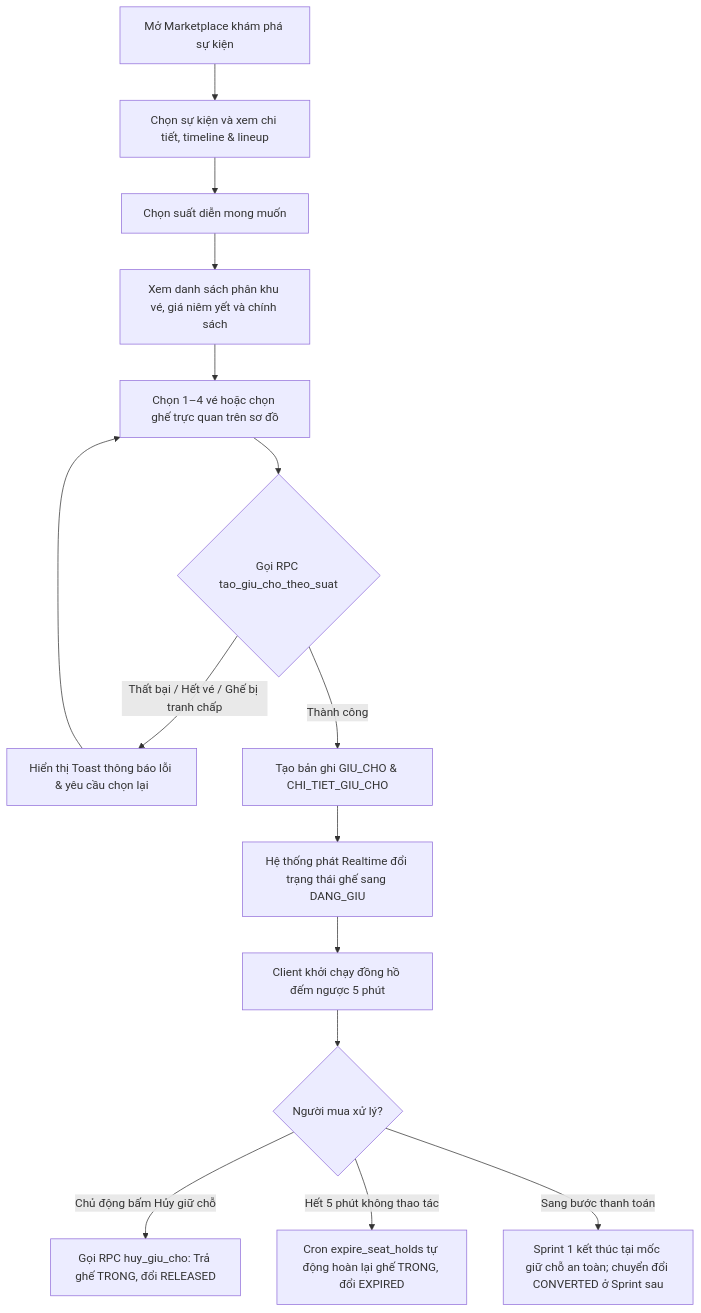
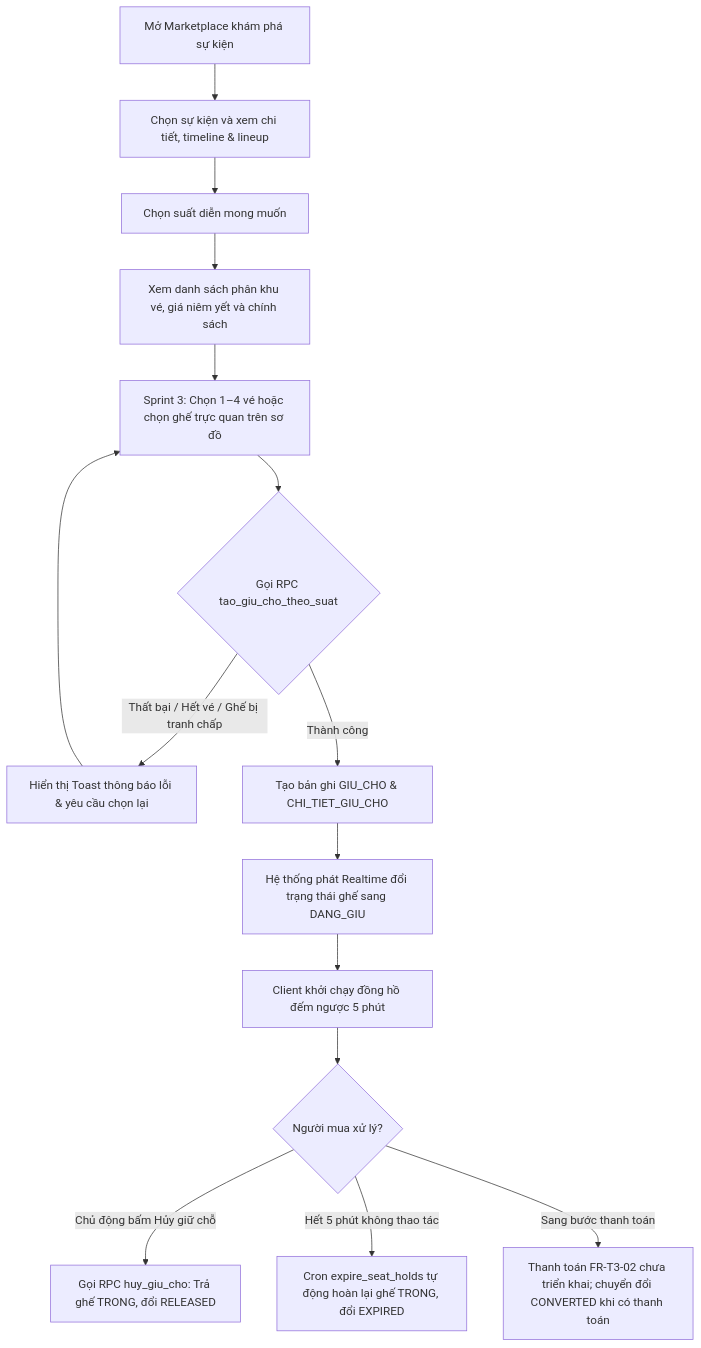
The third of 12 diagrams in docs/sprint1-deliverables/02_ANALYSIS_AND_SYSTEM_DESIGN.md (minhdc2011/EVENTTICKETING), drawn with Mermaid before and after one commit. The commit also changed other lines of this file and 4 other files, not shown here.

````diff
--- a/docs/sprint1-deliverables/02_ANALYSIS_AND_SYSTEM_DESIGN.md
+++ b/docs/sprint1-deliverables/02_ANALYSIS_AND_SYSTEM_DESIGN.md
@@ -92,17 +92,17 @@
 ```mermaid
 flowchart TD
   A[Mở Marketplace khám phá sự kiện] --> B[Chọn sự kiện và xem chi tiết, timeline & lineup]
   B --> C[Chọn suất diễn mong muốn]
   C --> D[Xem danh sách phân khu vé, giá niêm yết và chính sách]
-  D --> E[Chọn 1–4 vé hoặc chọn ghế trực quan trên sơ đồ]
+  D --> E[Sprint 3: Chọn 1–4 vé hoặc chọn ghế trực quan trên sơ đồ]
   E --> F{Gọi RPC tao_giu_cho_theo_suat}
   F -- Thất bại / Hết vé / Ghế bị tranh chấp --> G[Hiển thị Toast thông báo lỗi & yêu cầu chọn lại]
   G --> E
   F -- Thành công --> H[Tạo bản ghi GIU_CHO & CHI_TIET_GIU_CHO]
   H --> I[Hệ thống phát Realtime đổi trạng thái ghế sang DANG_GIU]
   I --> J[Client khởi chạy đồng hồ đếm ngược 5 phút]
   J --> K{Người mua xử lý?}
   K -- Chủ động bấm Hủy giữ chỗ --> L[Gọi RPC huy_giu_cho: Trả ghế TRONG, đổi RELEASED]
   K -- Hết 5 phút không thao tác --> M[Cron expire_seat_holds tự động hoàn lại ghế TRONG, đổi EXPIRED]
-  K -- Sang bước thanh toán --> N[Sprint 1 kết thúc tại mốc giữ chỗ an toàn; chuyển đổi CONVERTED ở Sprint sau]
+  K -- Sang bước thanh toán --> N[Thanh toán FR-T3-02 chưa triển khai; chuyển đổi CONVERTED khi có thanh toán]
 ```
````
